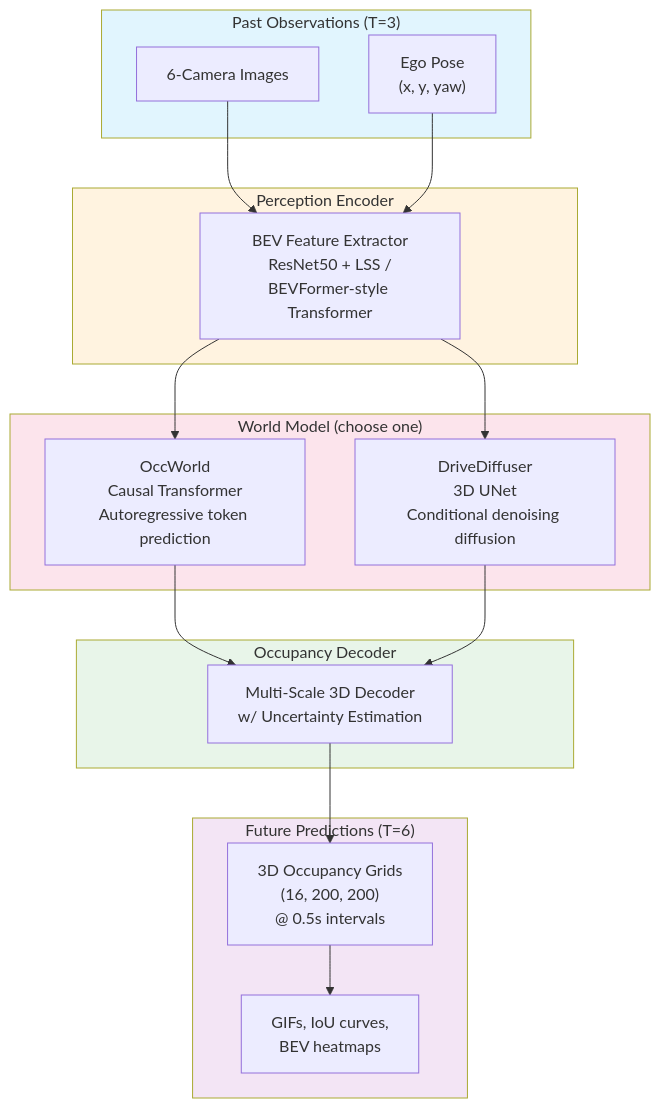
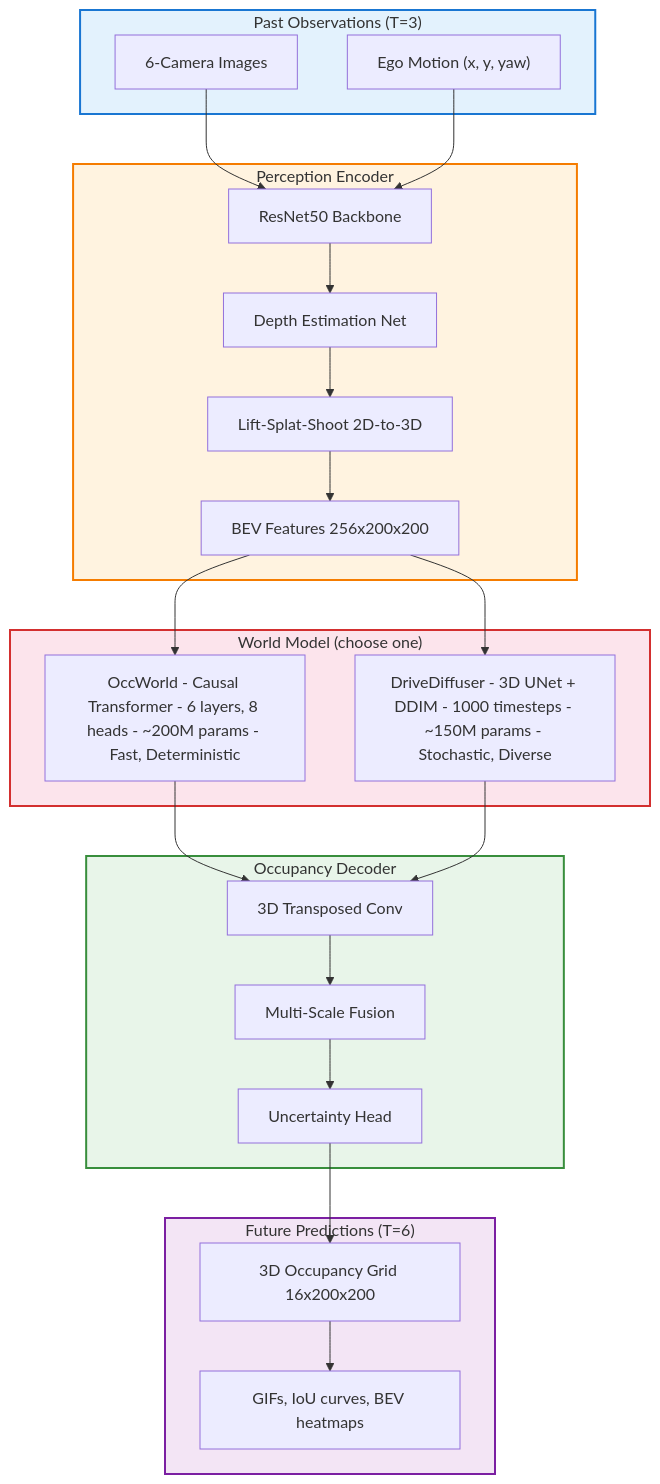
The first of 3 diagrams in README.md (cenovozz/DriveWorld), drawn with Mermaid before and after one commit. The commit also changed other lines of this file, not shown here.

Commit message:
Beautify Architecture section: 3 mermaid diagrams, sequence diagram, ASCII data flow, comparison table

````diff
--- a/README.md
+++ b/README.md
@@ -46,40 +48,39 @@
 ```mermaid
 graph TB
     subgraph Input["Past Observations (T=3)"]
         IMG["6-Camera Images"]
-        POSE["Ego Pose<br/>(x, y, yaw)"]
+        POSE["Ego Motion (x, y, yaw)"]
     end
-
     subgraph Encoder["Perception Encoder"]
-        BEV["BEV Feature Extractor<br/>ResNet50 + LSS /<br/>BEVFormer-style Transformer"]
+        CNN["ResNet50 Backbone"]
+        DEPTH["Depth Estimation Net"]
+        SPLAT["Lift-Splat-Shoot 2D-to-3D"]
+        BEVF["BEV Features 256x200x200"]
+        CNN --> DEPTH --> SPLAT --> BEVF
     end
-
     subgraph WorldModel["World Model (choose one)"]
-        OCC["OccWorld<br/>Causal Transformer<br/>Autoregressive token prediction"]
-        DIFF["DriveDiffuser<br/>3D UNet<br/>Conditional denoising diffusion"]
+        OCC["OccWorld - Causal Transformer - 6 layers, 8 heads - ~200M params - Fast, Deterministic"]
+        DIFF["DriveDiffuser - 3D UNet + DDIM - 1000 timesteps - ~150M params - Stochastic, Diverse"]
     end
-
     subgraph Decoder["Occupancy Decoder"]
-        DEC["Multi-Scale 3D Decoder<br/>w/ Uncertainty Estimation"]
+        UP["3D Transposed Conv"]
+        MULTI["Multi-Scale Fusion"]
+        UNC["Uncertainty Head"]
+        UP --> MULTI --> UNC
     end
-
     subgraph Output["Future Predictions (T=6)"]
-        OUT["3D Occupancy Grids<br/>(16, 200, 200)<br/>@ 0.5s intervals"]
-        VIZ["GIFs, IoU curves,<br/>BEV heatmaps"]
+        OCC3D["3D Occupancy Grid 16x200x200"]
+        VIZ["GIFs, IoU curves, BEV heatmaps"]
+        OCC3D --> VIZ
     end
-
-    IMG --> BEV
-    POSE --> BEV
-    BEV --> OCC
-    BEV --> DIFF
-    OCC --> DEC
-    DIFF --> DEC
-    DEC --> OUT
-    OUT --> VIZ
-
-    style Input fill:#e1f5fe
-    style Encoder fill:#fff3e0
-    style WorldModel fill:#fce4ec
-    style Decoder fill:#e8f5e9
-    style Output fill:#f3e5f5
+    IMG & POSE --> CNN
+    BEVF --> OCC
+    BEVF --> DIFF
+    OCC & DIFF --> UP
+    UNC --> OCC3D
+    style Input fill:#e3f2fd,stroke:#1976d2,stroke-width:2px
+    style Encoder fill:#fff3e0,stroke:#f57c00,stroke-width:2px
+    style WorldModel fill:#fce4ec,stroke:#d32f2f,stroke-width:2px
+    style Decoder fill:#e8f5e9,stroke:#388e3c,stroke-width:2px
+    style Output fill:#f3e5f5,stroke:#7b1fa2,stroke-width:2px
 ```
````
